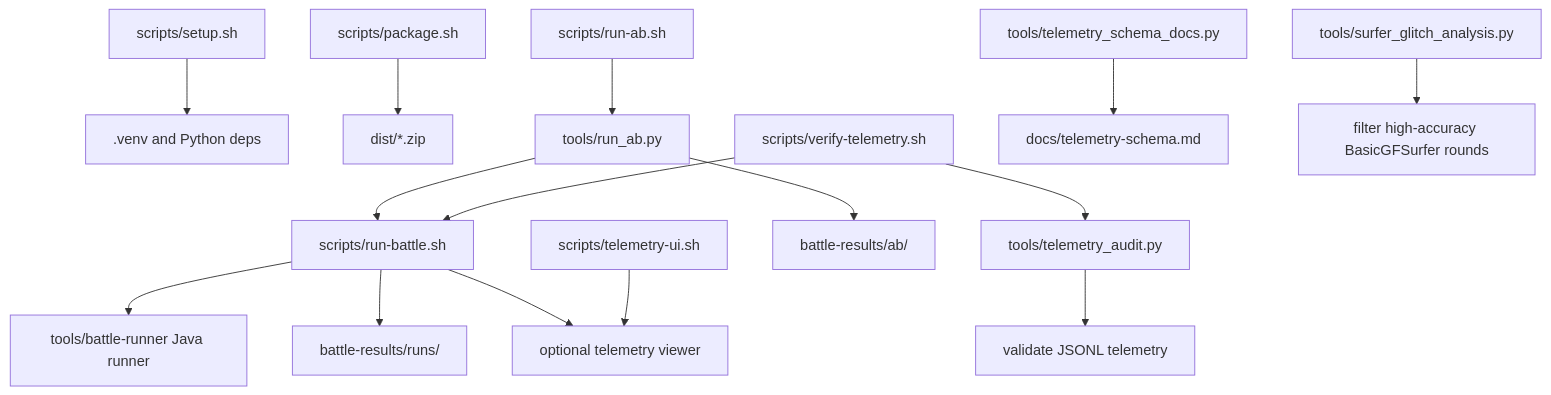
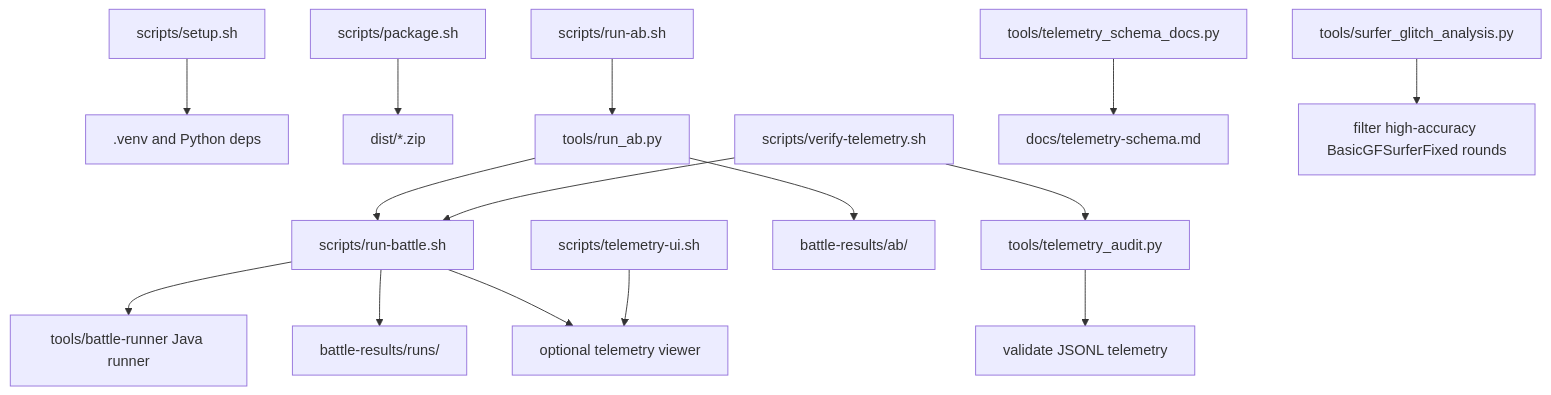
One commit to fduch-stranger/robocode-bot changed the diagram in docs/tooling.md. Above: the diagram before and after it, drawn with Mermaid. The commit also changed other lines of this file and 13 other files, not shown here.

````diff
--- a/docs/tooling.md
+++ b/docs/tooling.md
@@ -8,17 +8,17 @@
 ```mermaid
 flowchart TD
     A["scripts/setup.sh"] --> B[".venv and Python deps"]
     C["scripts/package.sh"] --> D["dist/*.zip"]
     E["scripts/run-battle.sh"] --> F["tools/battle-runner Java runner"]
     E --> G["battle-results/runs/<run>"]
     E --> H["optional telemetry viewer"]
     I["scripts/telemetry-ui.sh"] --> H
     J["scripts/run-ab.sh"] --> K["tools/run_ab.py"]
     K --> E
     K --> L["battle-results/ab/<experiment>"]
     M["tools/telemetry_audit.py"] --> N["validate JSONL telemetry"]
     O["scripts/verify-telemetry.sh"] --> E
     O --> M
     P["tools/telemetry_schema_docs.py"] --> Q["docs/telemetry-schema.md"]
-    R["tools/surfer_glitch_analysis.py"] --> S["filter high-accuracy BasicGFSurfer rounds"]
+    R["tools/surfer_glitch_analysis.py"] --> S["filter high-accuracy BasicGFSurferFixed rounds"]
 ```
````
